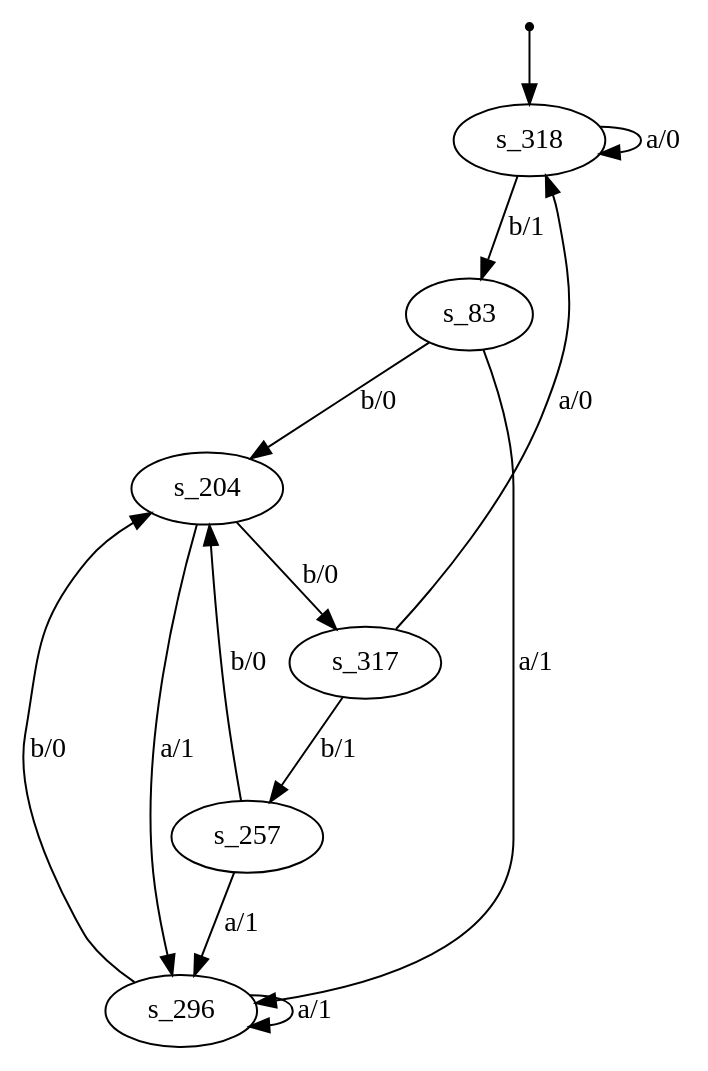
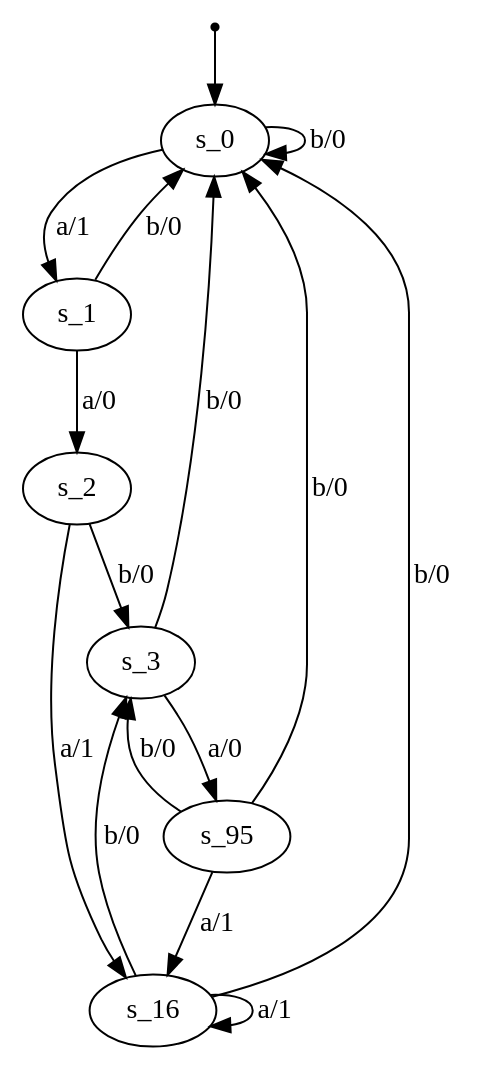
One commit to gaellinkeu/RNN-for-Mealy-Machines changed the diagram in FSMs_visuals/fsm1_0.6_extracted.dot. Above: the diagram before and after it, drawn with Graphviz. The commit also changed 369 other files, not shown here.

```diff
--- a/FSMs_visuals/fsm1_0.6_extracted.dot
+++ b/FSMs_visuals/fsm1_0.6_extracted.dot
@@ -1,22 +1,24 @@
 digraph fsm {
-	s_318 [root=true]
-	s_83
-	s_204
-	s_317
-	s_296
-	s_257
+	s_0 [root=true]
+	s_1
+	s_2
+	s_3
+	s_95
+	s_16
 	qi [shape = point]
-	qi -> s_318
-	s_318 -> s_83 [label="b/1"]
-	s_83 -> s_204 [label="b/0"]
-	s_204 -> s_317 [label="b/0"]
-	s_317 -> s_318 [label="a/0"]
-	s_318 -> s_318 [label="a/0"]
-	s_83 -> s_296 [label="a/1"]
-	s_296 -> s_204 [label="b/0"]
-	s_204 -> s_296 [label="a/1"]
-	s_296 -> s_296 [label="a/1"]
-	s_317 -> s_257 [label="b/1"]
-	s_257 -> s_204 [label="b/0"]
-	s_257 -> s_296 [label="a/1"]
+	qi -> s_0
+	s_0 -> s_1 [label="a/1"]
+	s_1 -> s_2 [label="a/0"]
+	s_2 -> s_3 [label="b/0"]
+	s_3 -> s_0 [label="b/0"]
+	s_1 -> s_0 [label="b/0"]
+	s_0 -> s_0 [label="b/0"]
+	s_3 -> s_95 [label="a/0"]
+	s_95 -> s_3 [label="b/0"]
+	s_2 -> s_16 [label="a/1"]
+	s_16 -> s_3 [label="b/0"]
+	s_95 -> s_16 [label="a/1"]
+	s_16 -> s_16 [label="a/1"]
+	s_95 -> s_0 [label="b/0"]
+	s_16 -> s_0 [label="b/0"]
 }
```
